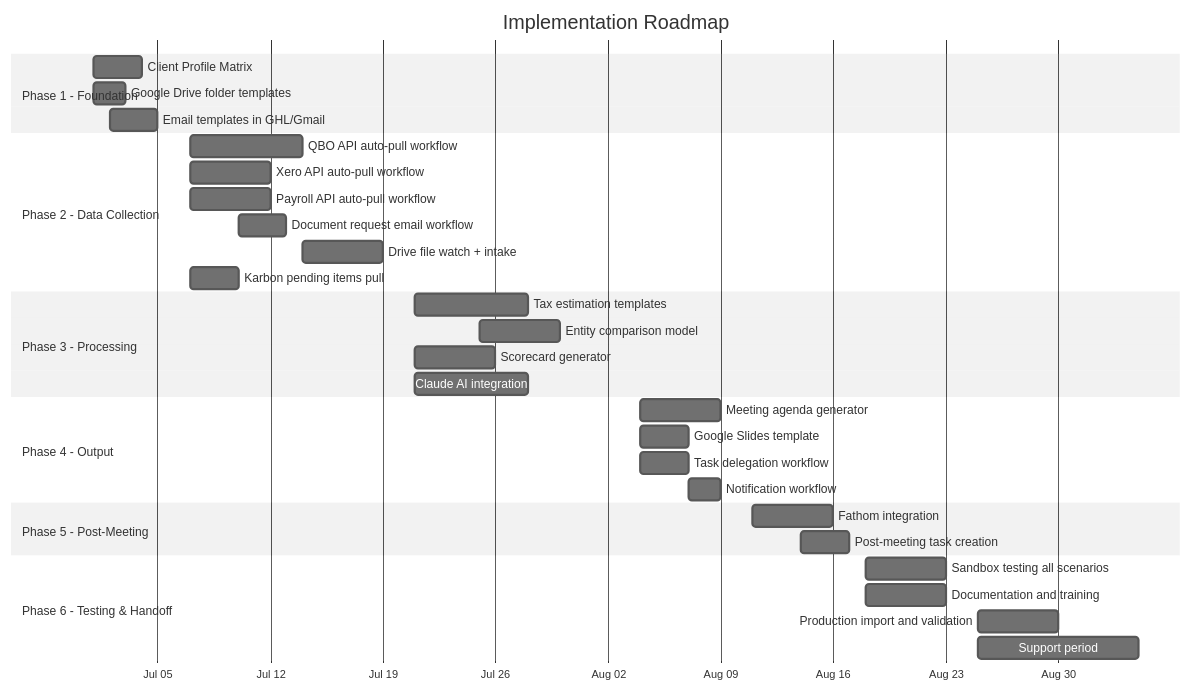
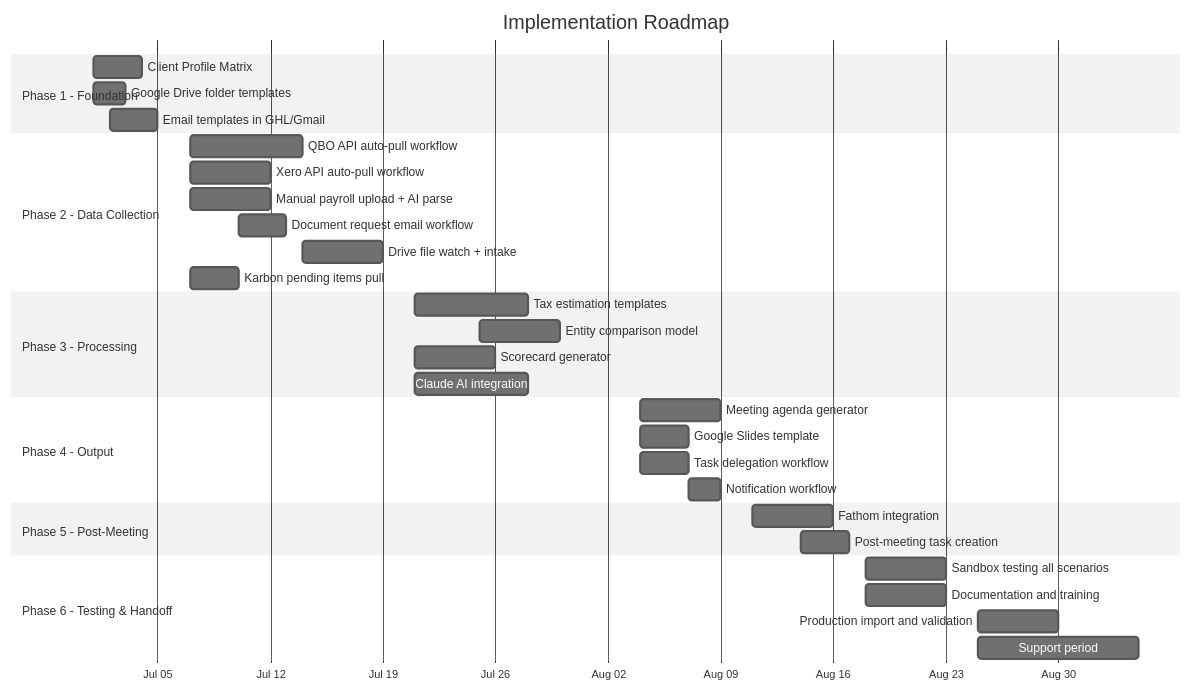
One commit to dkinvestments-art/n8n changed diagram 18 of 20 in docs/quarterly-meeting-automation/05-Comprehensive-Workflow-Documentation.md. Above: the diagram before and after it, drawn with Mermaid (neutral theme). The commit also changed other lines of this file, not shown here.

First line of the commit message:
docs: Apply payroll-manual and Karbon task changes to workflow doc

````diff
--- a/docs/quarterly-meeting-automation/05-Comprehensive-Workflow-Documentation.md
+++ b/docs/quarterly-meeting-automation/05-Comprehensive-Workflow-Documentation.md
@@ -957,41 +943,41 @@
 ```mermaid
 gantt
     title Implementation Roadmap
     dateFormat YYYY-MM-DD
     axisFormat %b %d
 
     section Phase 1 - Foundation
     Client Profile Matrix          :p1a, 2026-07-01, 3d
     Google Drive folder templates   :p1b, 2026-07-01, 2d
     Email templates in GHL/Gmail    :p1c, 2026-07-02, 3d
 
     section Phase 2 - Data Collection
     QBO API auto-pull workflow      :p2a, 2026-07-07, 7d
     Xero API auto-pull workflow     :p2b, 2026-07-07, 5d
-    Payroll API auto-pull workflow   :p2c, 2026-07-07, 5d
+    Manual payroll upload + AI parse :p2c, 2026-07-07, 5d
     Document request email workflow  :p2d, 2026-07-10, 3d
     Drive file watch + intake        :p2e, 2026-07-14, 5d
     Karbon pending items pull        :p2f, 2026-07-07, 3d
 
     section Phase 3 - Processing
     Tax estimation templates         :p3a, 2026-07-21, 7d
     Entity comparison model          :p3b, 2026-07-25, 5d
     Scorecard generator              :p3c, 2026-07-21, 5d
     Claude AI integration            :p3d, 2026-07-21, 7d
 
     section Phase 4 - Output
     Meeting agenda generator         :p4a, 2026-08-04, 5d
     Google Slides template           :p4b, 2026-08-04, 3d
     Task delegation workflow          :p4c, 2026-08-04, 3d
     Notification workflow             :p4d, 2026-08-07, 2d
 
     section Phase 5 - Post-Meeting
     Fathom integration               :p5a, 2026-08-11, 5d
     Post-meeting task creation        :p5b, 2026-08-14, 3d
 
     section Phase 6 - Testing & Handoff
     Sandbox testing all scenarios     :p6a, 2026-08-18, 5d
     Documentation and training        :p6b, 2026-08-18, 5d
     Production import and validation  :p6c, 2026-08-25, 5d
     Support period                    :p6d, 2026-08-25, 10d
 ```
````
